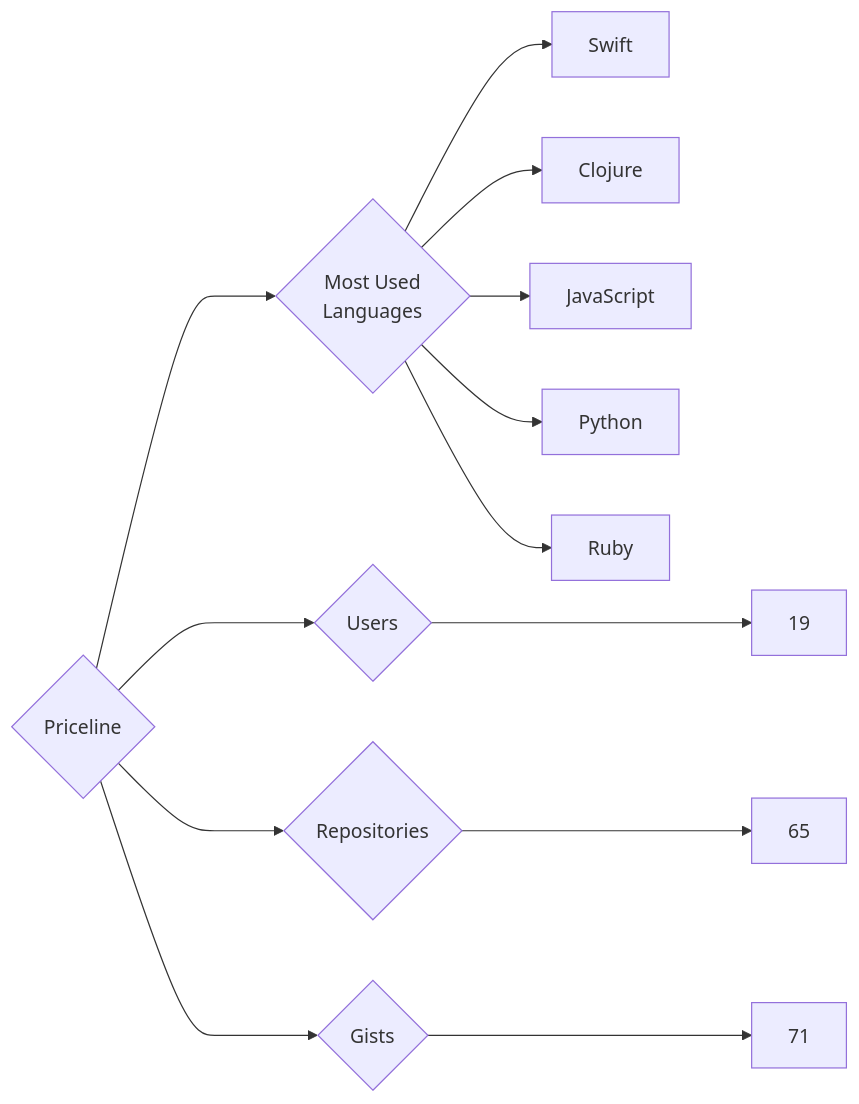
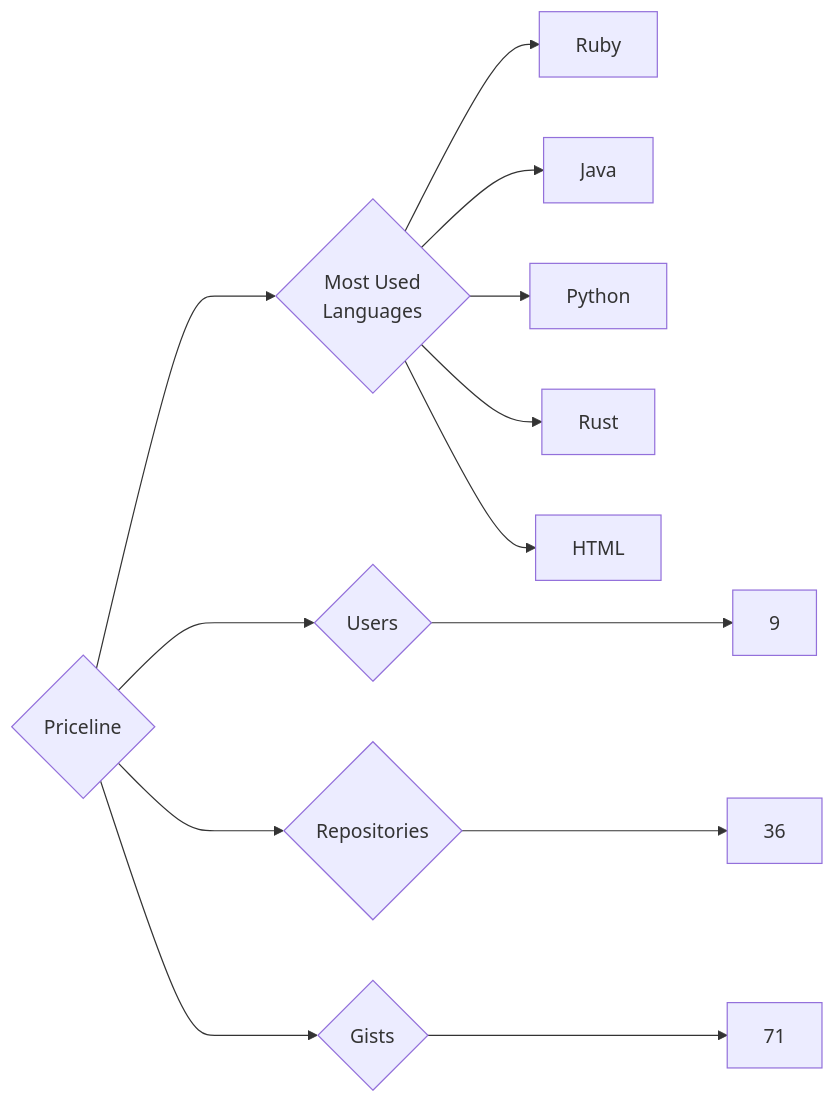
One commit to trickest/insiders changed the diagram in targets/Priceline/README.md. Above: the diagram before and after it, drawn with Mermaid. The commit also changed 787 other files, not shown here.

````diff
--- a/targets/Priceline/README.md
+++ b/targets/Priceline/README.md
@@ -3,13 +3,13 @@
 ```mermaid
 graph LR
 COMPANY_NAME{Priceline}
-COMPANY_NAME ---> U{Users} ---> UN[19]
-COMPANY_NAME ---> R{Repositories} ---> RN[65]
+COMPANY_NAME ---> U{Users} ---> UN[9]
+COMPANY_NAME ---> R{Repositories} ---> RN[36]
 COMPANY_NAME ---> G{Gists} ---> GN[71]
 COMPANY_NAME ---> ML{Most Used<br>Languages}
-ML --> Swift[Swift]
-ML --> Clojure[Clojure]
-ML --> JavaScript[JavaScript]
+ML --> Ruby[Ruby]
+ML --> Java[Java]
 ML --> Python[Python]
-ML --> Ruby[Ruby]
+ML --> Rust[Rust]
+ML --> HTML[HTML]
 ```
````
